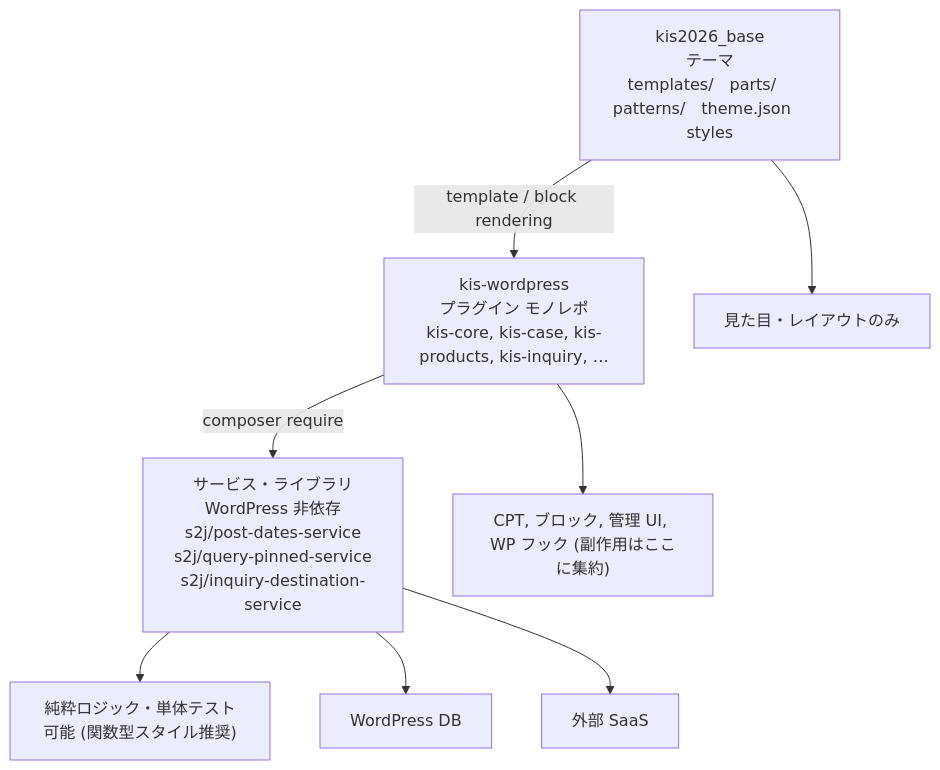
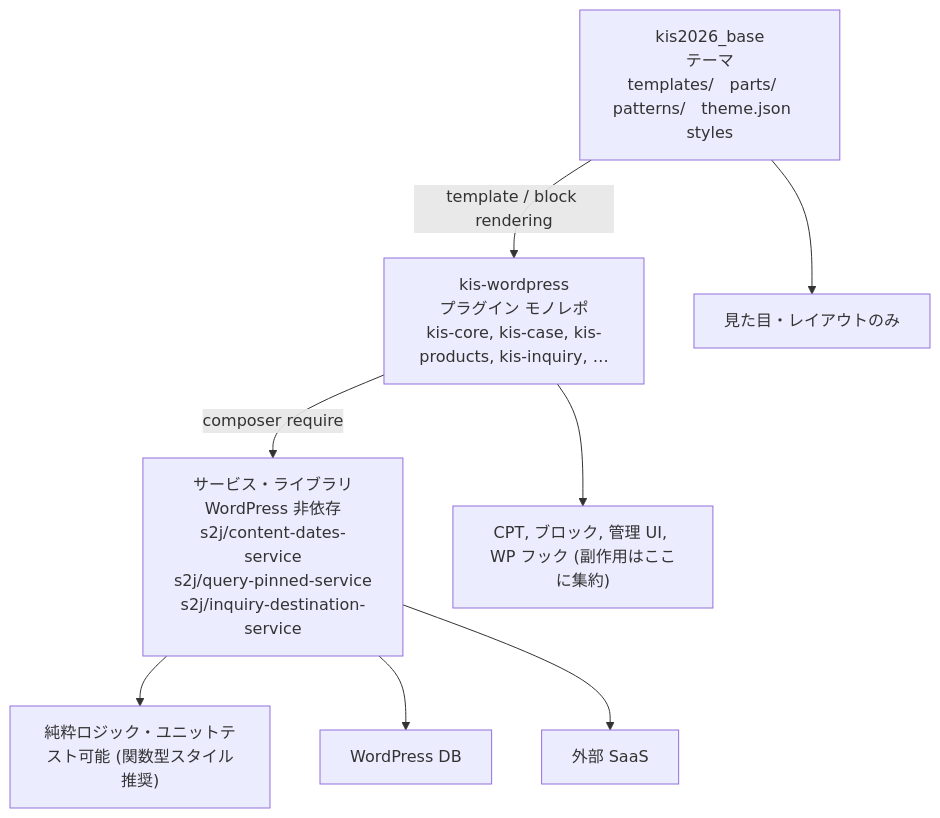
Before and after one commit to stein2nd/kis-wordpress: the second of 2 diagrams in docs_mod/specs.md, drawn with Mermaid. The commit also changed other lines of this file and 4 other files, not shown here.

````diff
--- a/docs_mod/specs.md
+++ b/docs_mod/specs.md
@@ -149,16 +149,16 @@
 ```mermaid
 flowchart TB
     A1["kis2026_base<br />テーマ<br />templates/　parts/　patterns/　theme.json　styles"]
     A2["kis-wordpress<br />プラグイン モノレポ<br />kis-core, kis-case, kis-products, kis-inquiry, …"]
-    A3["サービス・ライブラリ<br />WordPress 非依存<br />s2j/post-dates-service<br />s2j/query-pinned-service<br />s2j/inquiry-destination-service"]
+    A3["サービス・ライブラリ<br />WordPress 非依存<br />s2j/content-dates-service<br />s2j/query-pinned-service<br />s2j/inquiry-destination-service"]
 
     A1 --> B1["見た目・レイアウトのみ"]
     A1 -->|template / block rendering| A2
 
     A2 --> B2["CPT, ブロック, 管理 UI, WP フック (副作用はここに集約)"]
     A2 -->|composer require| A3
 
-    A3 --> B3["純粋ロジック・単体テスト可能 (関数型スタイル推奨)"]
+    A3 --> B3["純粋ロジック・ユニットテスト可能 (関数型スタイル推奨)"]
     A3 --> A4["WordPress DB"]
     A3 --> A5["外部 SaaS"]
 ```
````
